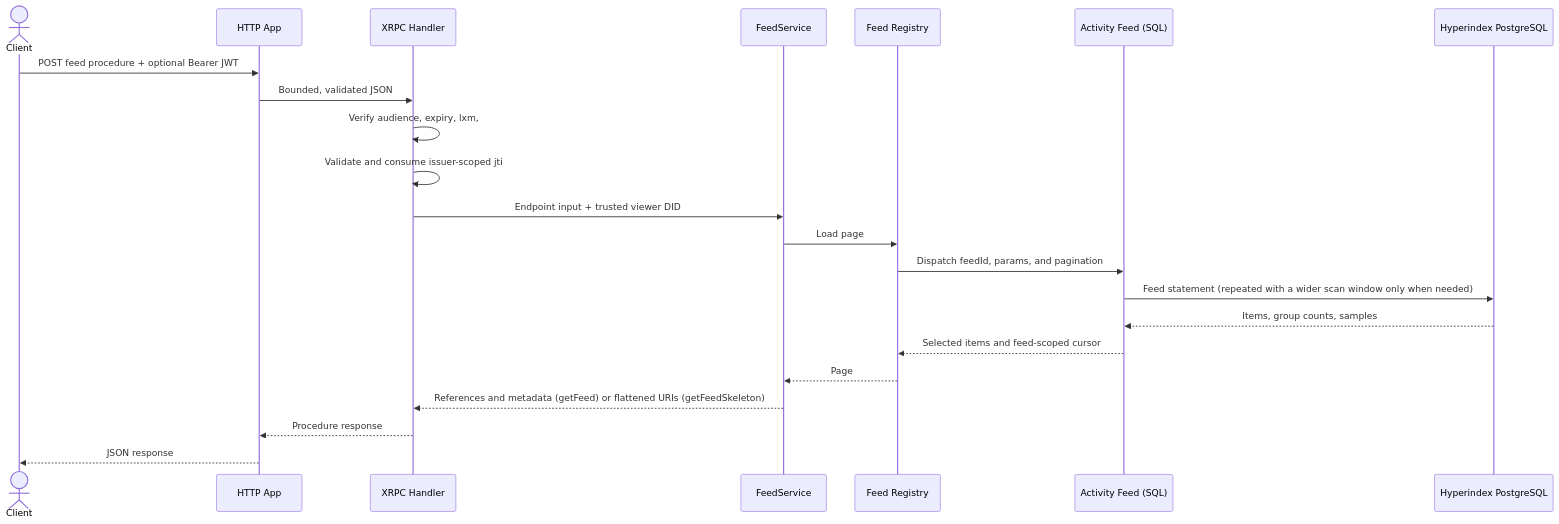
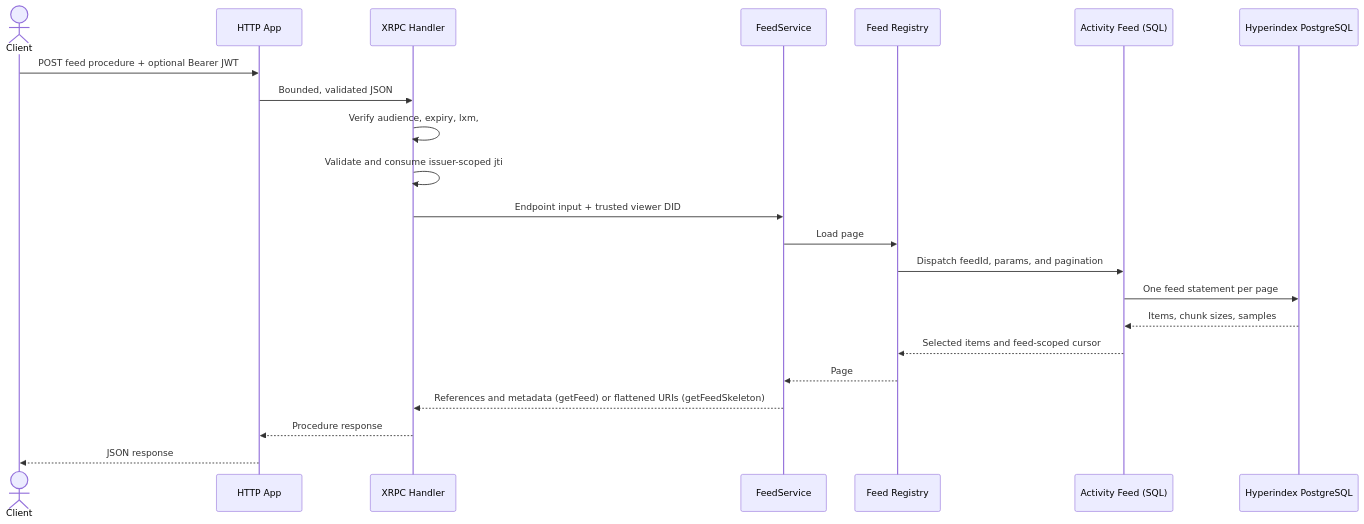
Before and after one commit to GainForest/gainforest-feed-service: the diagram in README.md, drawn with Mermaid. The commit also changed other lines of this file and 23 other files, not shown here.

First line of the commit message:
feed: cap groups at 200 rows and answer every page in one statement

````diff
--- a/README.md
+++ b/README.md
@@ -110,25 +126,25 @@
 ```mermaid
 sequenceDiagram
     actor Client
     participant HTTP as HTTP App
     participant XRPC as XRPC Handler
     participant Service as FeedService
     participant Registry as Feed Registry
     participant Feed as Activity Feed (SQL)
     participant DB as Hyperindex PostgreSQL
 
     Client->>HTTP: POST feed procedure + optional Bearer JWT
     HTTP->>XRPC: Bounded, validated JSON
     XRPC->>XRPC: Verify audience, expiry, lxm, #atproto signature
     XRPC->>XRPC: Validate and consume issuer-scoped jti
     XRPC->>Service: Endpoint input + trusted viewer DID
     Service->>Registry: Load page
     Registry->>Feed: Dispatch feedId, params, and pagination
-    Feed->>DB: Feed statement (repeated with a wider scan window only when needed)
-    DB-->>Feed: Items, group counts, samples
+    Feed->>DB: One feed statement per page
+    DB-->>Feed: Items, chunk sizes, samples
     Feed-->>Registry: Selected items and feed-scoped cursor
     Registry-->>Service: Page
     Service-->>XRPC: References and metadata (getFeed) or flattened URIs (getFeedSkeleton)
     XRPC-->>HTTP: Procedure response
     HTTP-->>Client: JSON response
 ```
````
